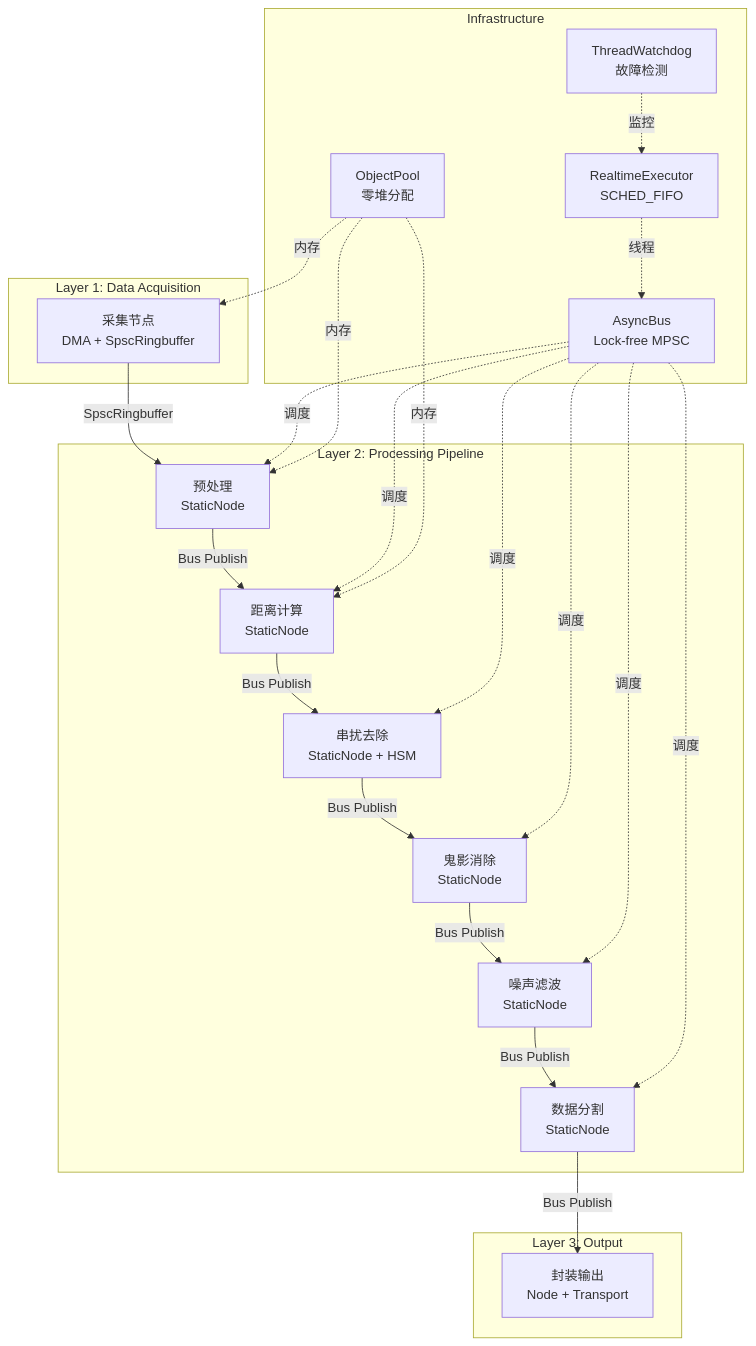
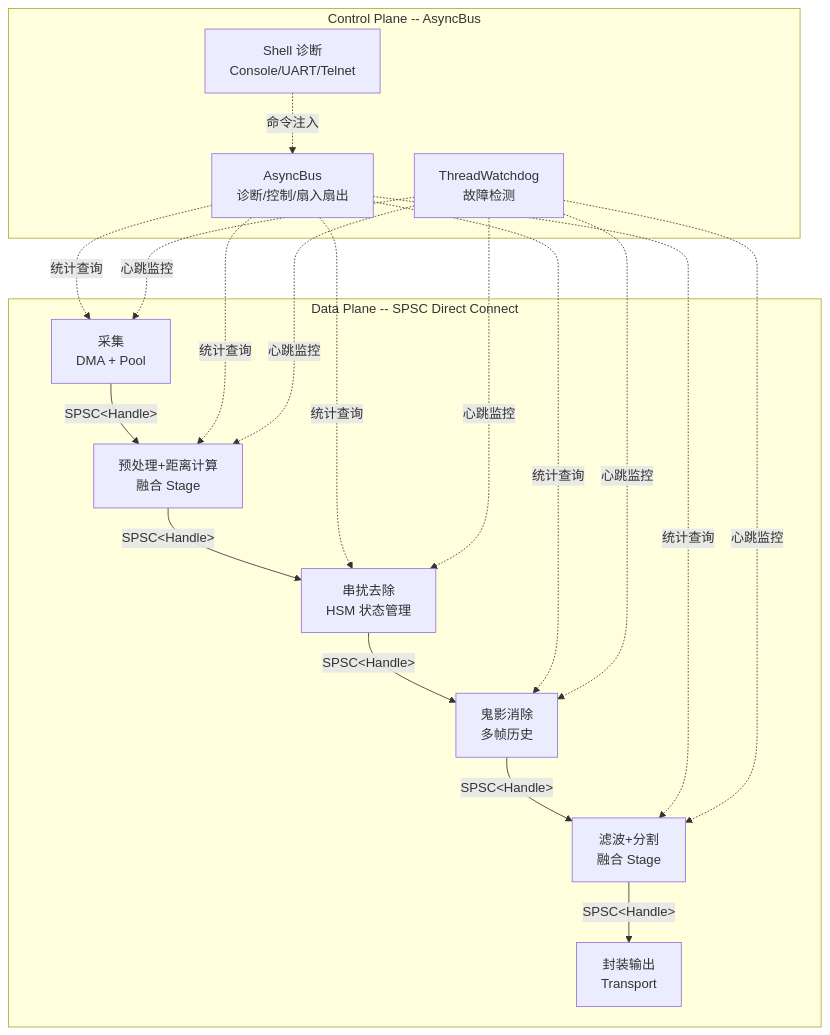
The first of 2 diagrams in content/posts/architecture/lidar_pipeline_newosp.md (DeguiLiu/tech-notes), drawn with Mermaid before and after one commit. The commit also changed other lines of this file and 1 other file, not shown here.

First line of the commit message:
docs: add TCP short write article, fix lidar pipeline resource section

````diff
--- a/content/posts/architecture/lidar_pipeline_newosp.md
+++ b/content/posts/architecture/lidar_pipeline_newosp.md
@@ -76,39 +75,20 @@
 ```mermaid
 flowchart TB
-    subgraph "Layer 1: Data Acquisition"
-        ACQ[采集节点<br/>DMA + SpscRingbuffer]
+    subgraph "Data Plane -- SPSC Direct Connect"
+        ACQ[采集<br/>DMA + Pool] -->|"SPSC&lt;Handle&gt;"| PRECALC[预处理+距离计算<br/>融合 Stage]
+        PRECALC -->|"SPSC&lt;Handle&gt;"| XTALK[串扰去除<br/>HSM 状态管理]
+        XTALK -->|"SPSC&lt;Handle&gt;"| GHOST[鬼影消除<br/>多帧历史]
+        GHOST -->|"SPSC&lt;Handle&gt;"| FILTSEG[滤波+分割<br/>融合 Stage]
+        FILTSEG -->|"SPSC&lt;Handle&gt;"| PKG[封装输出<br/>Transport]
     end
 
-    subgraph "Layer 2: Processing Pipeline"
-        PRE[预处理<br/>StaticNode]
-        DIST[距离计算<br/>StaticNode]
-        XTALK[串扰去除<br/>StaticNode + HSM]
-        GHOST[鬼影消除<br/>StaticNode]
-        NOISE[噪声滤波<br/>StaticNode]
-        SEG[数据分割<br/>StaticNode]
-    end
-
-    subgraph "Layer 3: Output"
-        PKG[封装输出<br/>Node + Transport]
-    end
-
-    subgraph "Infrastructure"
-        BUS[AsyncBus<br/>Lock-free MPSC]
-        POOL[ObjectPool<br/>零堆分配]
-        EXEC[RealtimeExecutor<br/>SCHED_FIFO]
+    subgraph "Control Plane -- AsyncBus"
+        BUS[AsyncBus<br/>诊断/控制/扇入扇出]
+        SHELL[Shell 诊断<br/>Console/UART/Telnet]
         WDG[ThreadWatchdog<br/>故障检测]
     end
 
-    ACQ -->|SpscRingbuffer| PRE
-    PRE -->|Bus Publish| DIST
-    DIST -->|Bus Publish| XTALK
-    XTALK -->|Bus Publish| GHOST
-    GHOST -->|Bus Publish| NOISE
-    NOISE -->|Bus Publish| SEG
-    SEG -->|Bus Publish| PKG
-
-    BUS -.->|调度| PRE & DIST & XTALK & GHOST & NOISE & SEG
-    POOL -.->|内存| ACQ & PRE & DIST
-    EXEC -.->|线程| BUS
-    WDG -.->|监控| EXEC
+    BUS -.->|统计查询| ACQ & PRECALC & XTALK & GHOST & FILTSEG
+    SHELL -.->|命令注入| BUS
+    WDG -.->|心跳监控| ACQ & PRECALC & XTALK & GHOST & FILTSEG
 ```
````
